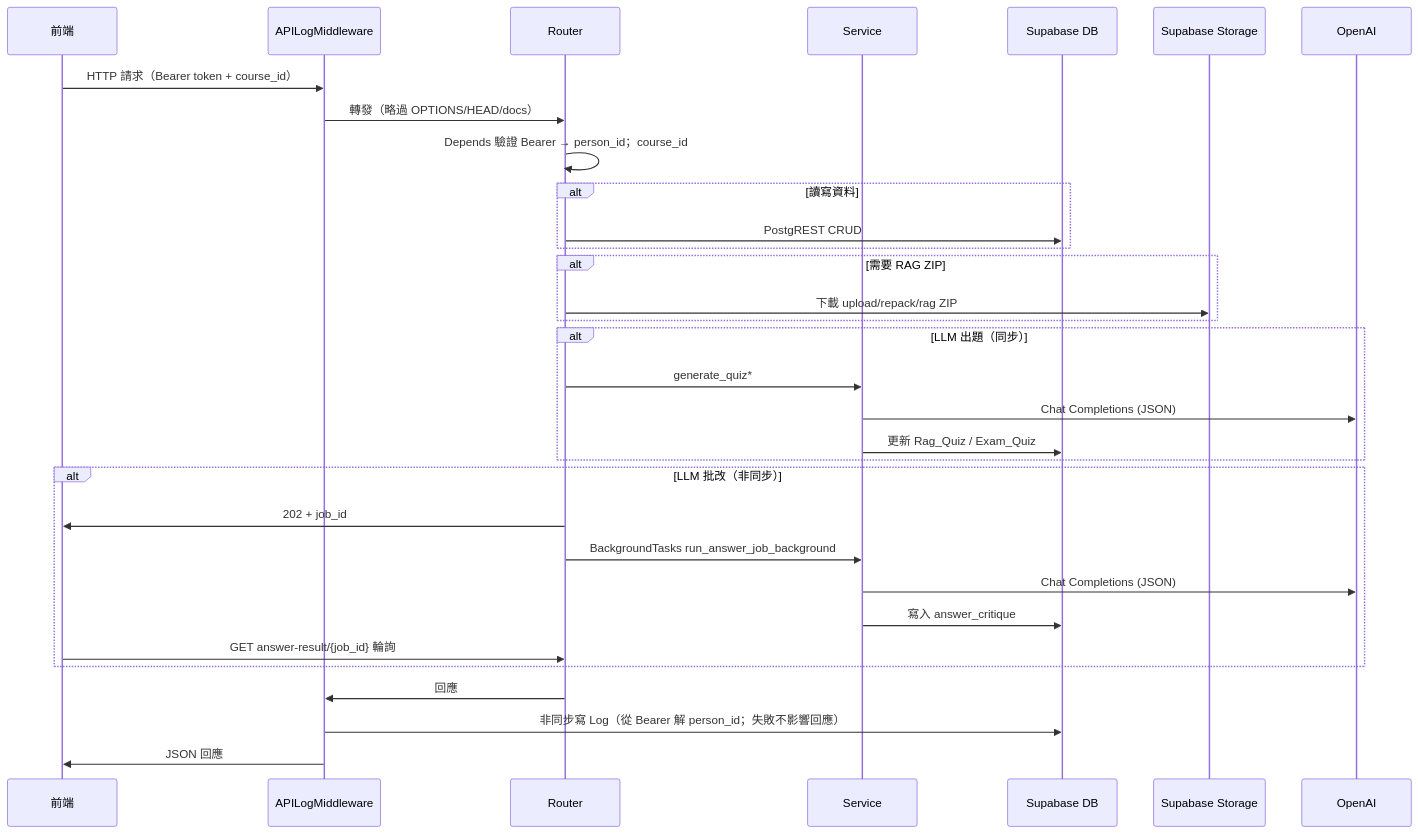
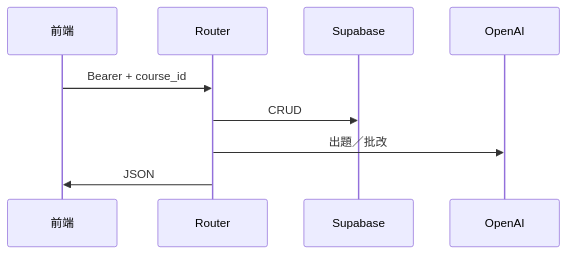
The second of 6 diagrams in README.md (kevin7261/MyQuiz-ai-backend), drawn with Mermaid before and after one commit. The commit also changed other lines of this file and 5 other files, not shown here.

First line of the commit message:
Update README and Database Schema for Quiz Functionality Enhancements

````diff
--- a/README.md
+++ b/README.md
@@ -118,35 +212,11 @@
 ```mermaid
 sequenceDiagram
     participant FE as 前端
-    participant MW as APILogMiddleware
     participant RT as Router
-    participant SV as Service
-    participant DB as Supabase DB
-    participant ST as Supabase Storage
+    participant DB as Supabase
     participant LLM as OpenAI
-
-    FE->>MW: HTTP 請求（Bearer token + course_id）
-    MW->>RT: 轉發（略過 OPTIONS/HEAD/docs）
-    RT->>RT: Depends 驗證 Bearer → person_id；course_id
-    alt 讀寫資料
-        RT->>DB: PostgREST CRUD
-    end
-    alt 需要 RAG ZIP
-        RT->>ST: 下載 upload/repack/rag ZIP
-    end
-    alt LLM 出題（同步）
-        RT->>SV: generate_quiz*
-        SV->>LLM: Chat Completions (JSON)
-        SV->>DB: 更新 Rag_Quiz / Exam_Quiz
-    end
-    alt LLM 批改（非同步）
-        RT->>FE: 202 + job_id
-        RT->>SV: BackgroundTasks run_answer_job_background
-        SV->>LLM: Chat Completions (JSON)
-        SV->>DB: 寫入 answer_critique
-        FE->>RT: GET answer-result/{job_id} 輪詢
-    end
-    RT->>MW: 回應
-    MW->>DB: 非同步寫 Log（從 Bearer 解 person_id；失敗不影響回應）
-    MW->>FE: JSON 回應
+    FE->>RT: Bearer + course_id
+    RT->>DB: CRUD
+    RT->>LLM: 出題／批改
+    RT->>FE: JSON
 ```
````
